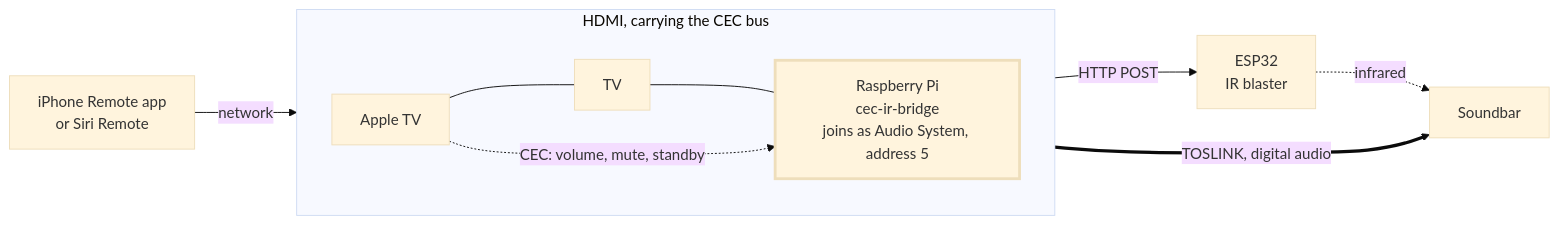
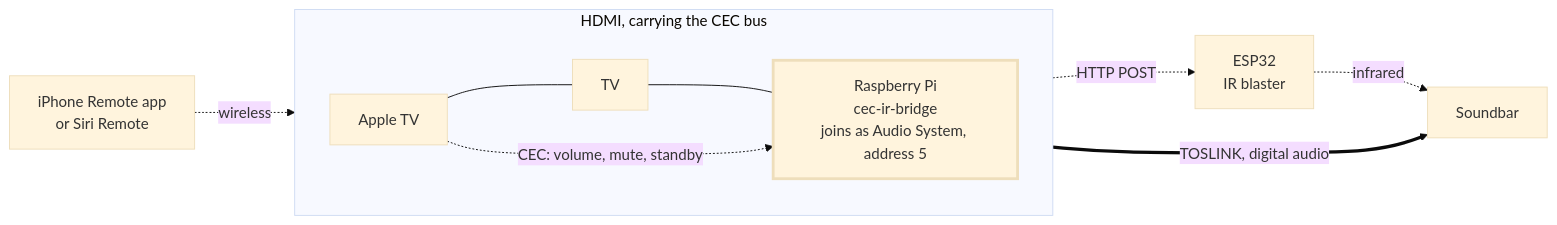
The diagram in README.md (mjaksn/cec-ir-bridge), drawn with Mermaid (base theme) before and after one commit. The commit also changed other lines of this file, not shown here.

Commit message:
Match the diagram line styles to the legend

````diff
--- a/README.md
+++ b/README.md
@@ -20,25 +20,25 @@
 ```mermaid
 flowchart LR
     Phone["iPhone Remote app<br/>or Siri Remote"]
 
     subgraph bus["HDMI, carrying the CEC bus"]
         direction LR
         ATV["Apple TV"]
         TV["TV"]
         Pi["Raspberry Pi<br/>cec-ir-bridge<br/>joins as Audio System, address 5"]
     end
 
     ESP["ESP32<br/>IR blaster"]
     Bar["Soundbar"]
 
-    Phone -->|network| ATV
+    Phone -.->|wireless| ATV
     ATV --- TV
     TV --- Pi
     ATV -.->|"CEC: volume, mute, standby"| Pi
-    Pi -->|"HTTP POST"| ESP
+    Pi -.->|"HTTP POST"| ESP
     ESP -.->|infrared| Bar
     ATV ==>|"TOSLINK, digital audio"| Bar
 
     classDef bridge stroke-width:3px
     class Pi bridge
 ```
````
